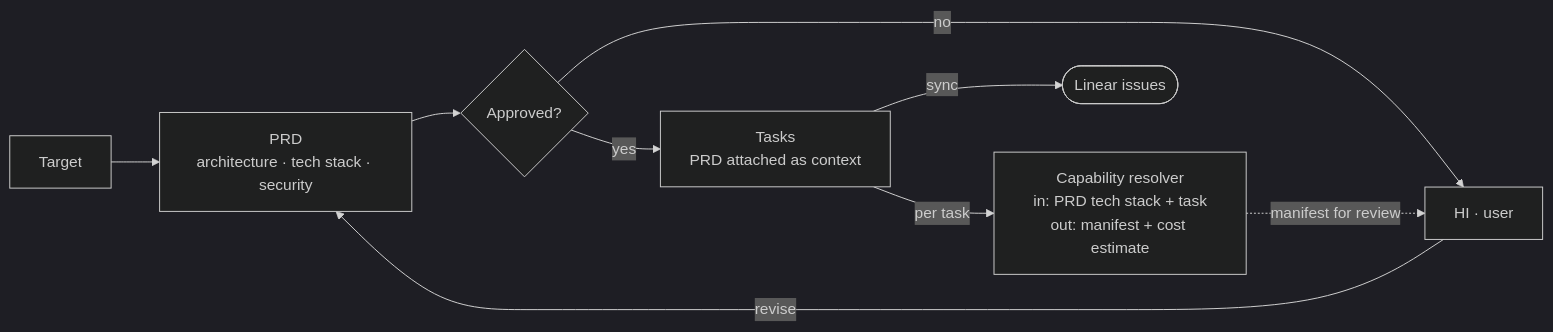
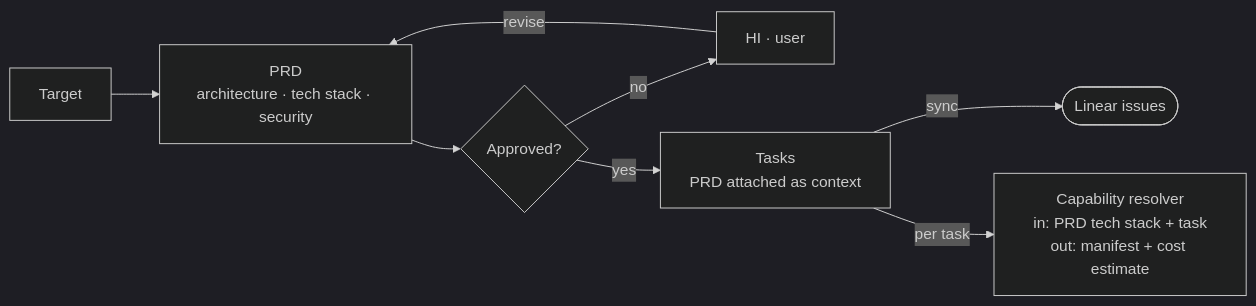
Before and after one commit to Rouxxel/Padakan: the second of 6 diagrams in documentation/tech_docs/diagrams/system-overview.md, drawn with Mermaid (dark theme). The commit also changed other lines of this file and 20 other files, not shown here.

````diff
--- a/documentation/tech_docs/diagrams/system-overview.md
+++ b/documentation/tech_docs/diagrams/system-overview.md
@@ -61,9 +60,8 @@
 ```mermaid
 flowchart LR
     Target --> PRD["PRD<br/>architecture · tech stack · security"]
     PRD --> Approved{Approved?}
     Approved -- no --> HI["HI · user"] -- revise --> PRD
     Approved -- yes --> Tasks["Tasks<br/>PRD attached as context"] -- sync --> Linear(["Linear issues"])
     Tasks -- per task --> Resolver["Capability resolver<br/>in: PRD tech stack + task<br/>out: manifest + cost estimate"]
-    Resolver -. manifest for review .-> HI
 ```
````
